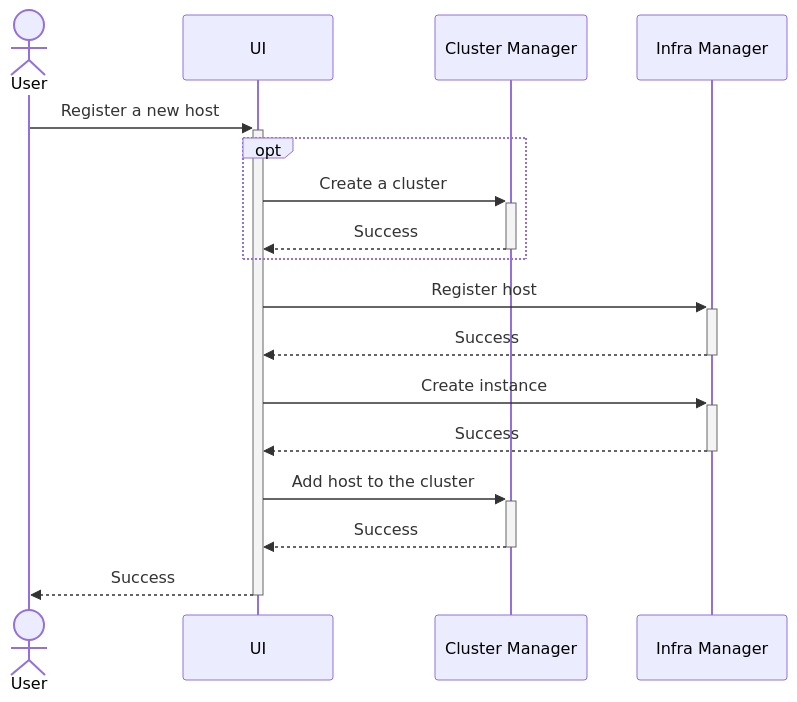
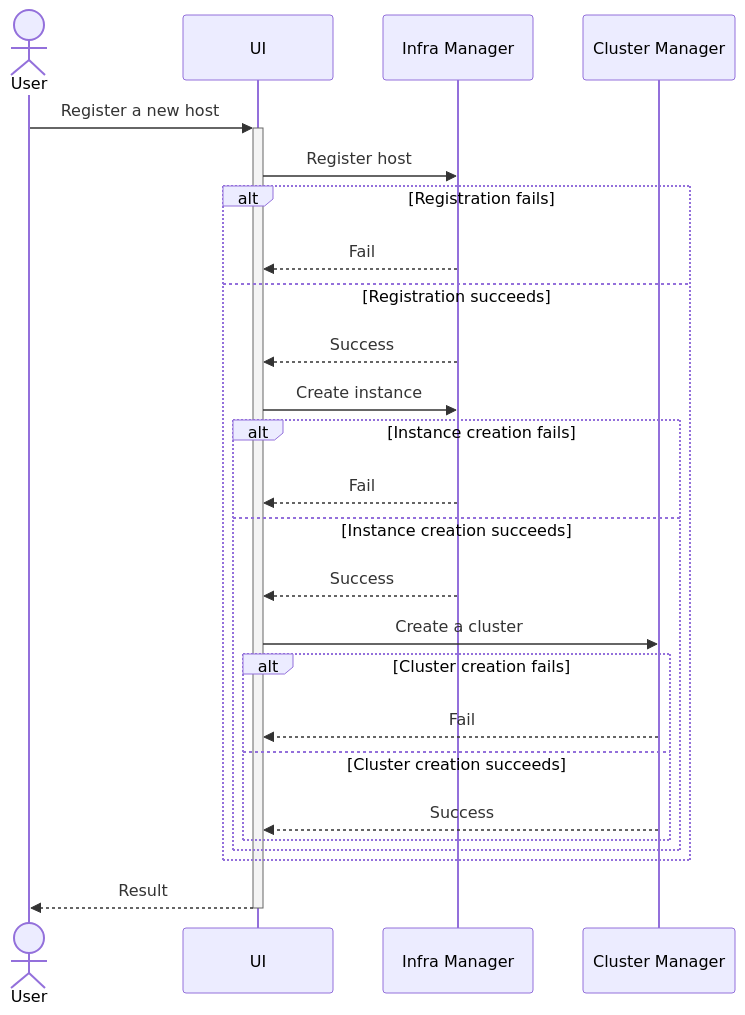
Before and after one commit to open-edge-platform/edge-manageability-framework: the diagram in design-proposals/cluster-orch-integrating-k8s-into-emt.md, drawn with Mermaid. The commit also changed other lines of this file, not shown here.

````diff
--- a/design-proposals/cluster-orch-integrating-k8s-into-emt.md
+++ b/design-proposals/cluster-orch-integrating-k8s-into-emt.md
@@ -180,16 +190,24 @@
 ```mermaid
 sequenceDiagram
     actor User
     User->>+UI: Register a new host
-    opt
-    UI->>+Cluster Manager: Create a cluster
-    Cluster Manager-->>-UI: Success
+    UI->>Infra Manager: Register host
+    alt Registration fails
+        Infra Manager-->>UI: Fail
+    else Registration succeeds
+        Infra Manager-->>UI: Success
+        UI->>Infra Manager: Create instance
+        alt Instance creation fails
+            Infra Manager-->>UI: Fail
+        else Instance creation succeeds
+            Infra Manager-->>UI: Success
+            UI->>Cluster Manager: Create a cluster
+            alt Cluster creation fails
+                Cluster Manager-->>UI: Fail
+            else Cluster creation succeeds
+                Cluster Manager-->>UI: Success
+            end
+        end
     end
-    UI->>+Infra Manager: Register host
-    Infra Manager-->>-UI: Success
-    UI->>+Infra Manager: Create instance
-    Infra Manager-->>-UI: Success
-    UI->>+Cluster Manager: Add host to the cluster
-    Cluster Manager-->>-UI: Success
-    UI-->>-User: Success
+    UI-->>-User: Result
 ```
````
